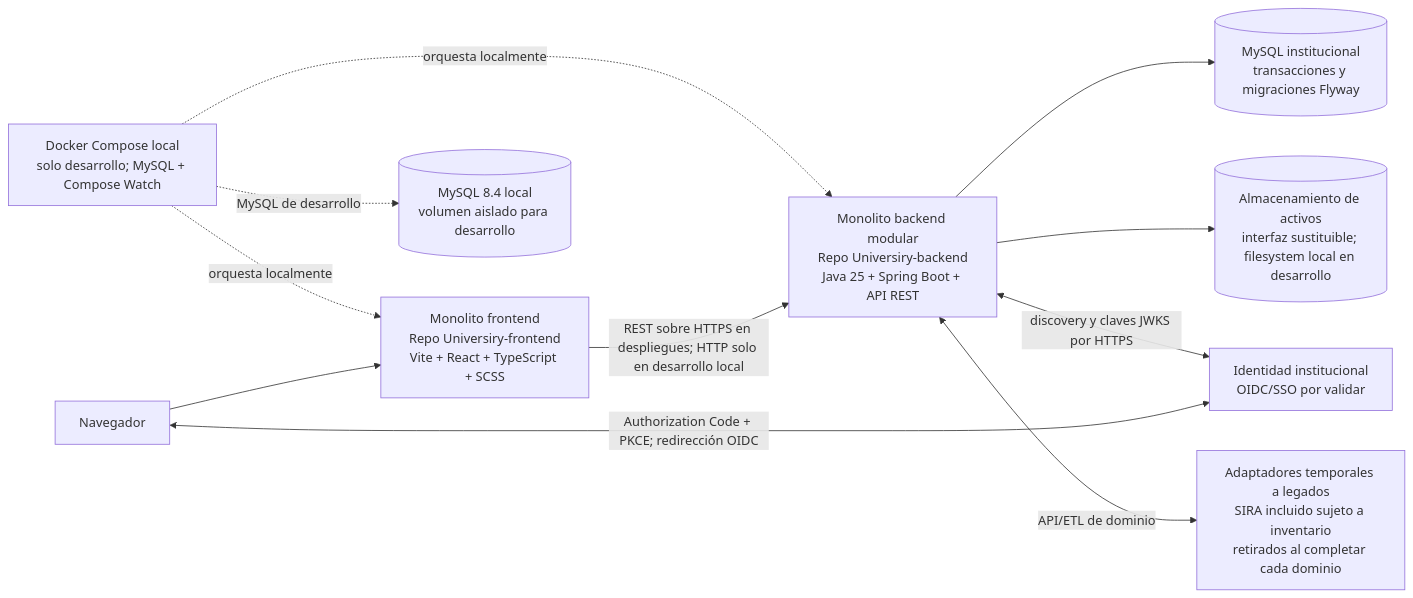
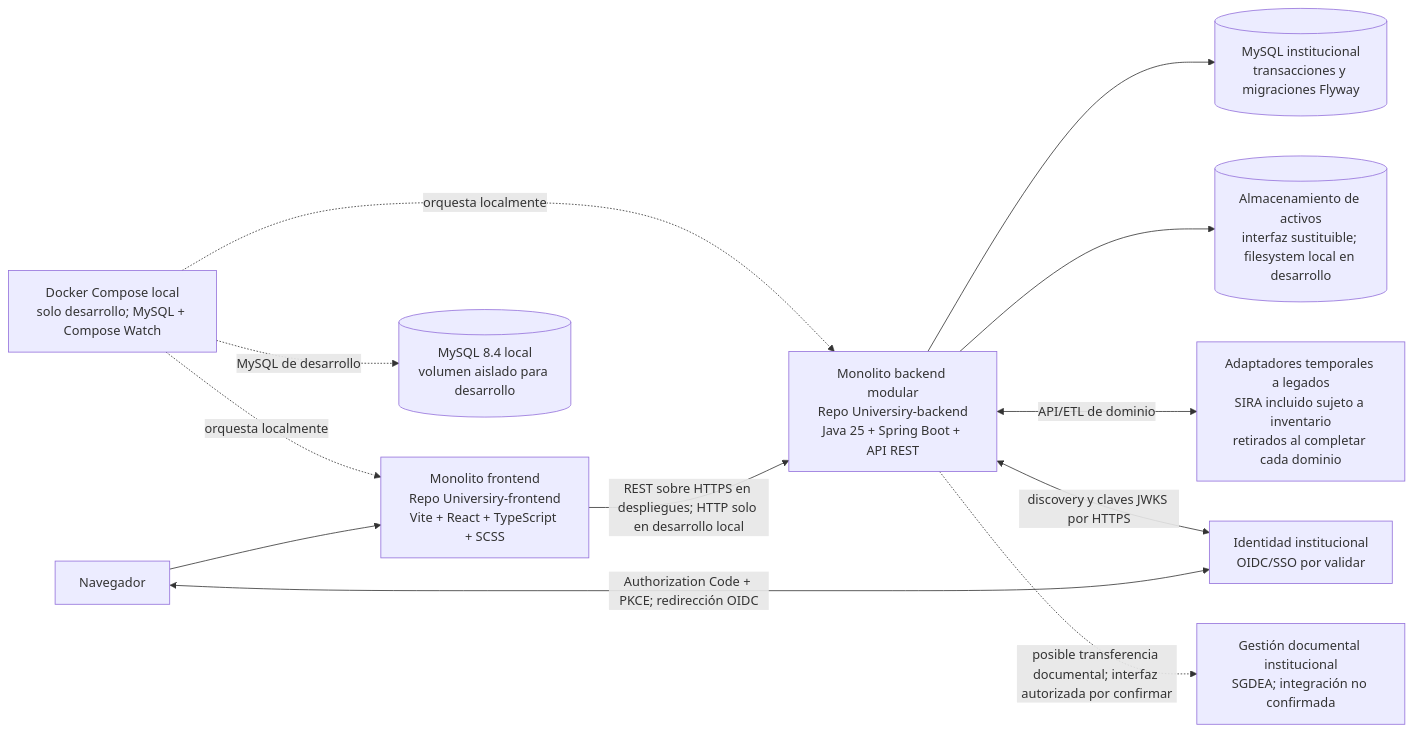
One commit to jdsalasca/open-university-backend changed the second of 3 diagrams in docs/architecture/c4.md. Above: the diagram before and after it, drawn with Mermaid. The commit also changed other lines of this file and 11 other files, not shown here.

````diff
--- a/docs/architecture/c4.md
+++ b/docs/architecture/c4.md
@@ -42,23 +44,25 @@
 ```mermaid
 flowchart LR
   Browser[Navegador]
   Frontend[Monolito frontend\nRepo Universiry-frontend\nVite + React + TypeScript + SCSS]
   Backend[Monolito backend modular\nRepo Universiry-backend\nJava 25 + Spring Boot + API REST]
   DB[(MySQL institucional\ntransacciones y migraciones Flyway)]
   DevDB[(MySQL 8.4 local\nvolumen aislado para desarrollo)]
   Assets[(Almacenamiento de activos\ninterfaz sustituible; filesystem local en desarrollo)]
   IdP[Identidad institucional\nOIDC/SSO por validar]
   Legacy[Adaptadores temporales a legados\nSIRA incluido sujeto a inventario\nretirados al completar cada dominio]
+  SGDEA[Gestión documental institucional\nSGDEA; integración no confirmada]
   DevCompose[Docker Compose local\nsolo desarrollo; MySQL + Compose Watch]
 
   Browser --> Frontend
   Frontend -->|REST sobre HTTPS en despliegues; HTTP solo en desarrollo local| Backend
   Browser <-->|Authorization Code + PKCE; redirección OIDC| IdP
   Backend --> DB
   Backend --> Assets
   Backend <-->|discovery y claves JWKS por HTTPS| IdP
   Backend <-->|API/ETL de dominio| Legacy
+  Backend -.->|posible transferencia documental; interfaz autorizada por confirmar| SGDEA
   DevCompose -. orquesta localmente .-> Frontend
   DevCompose -. orquesta localmente .-> Backend
   DevCompose -. MySQL de desarrollo .-> DevDB
 ```
````
